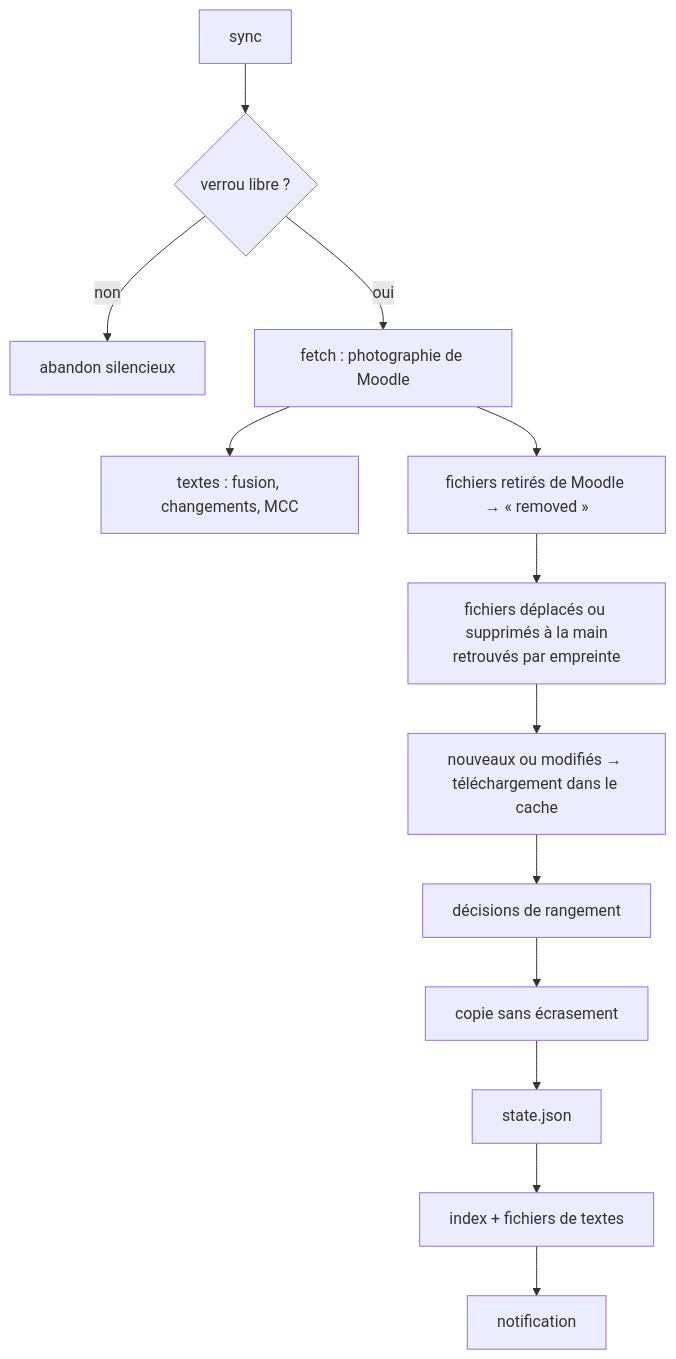
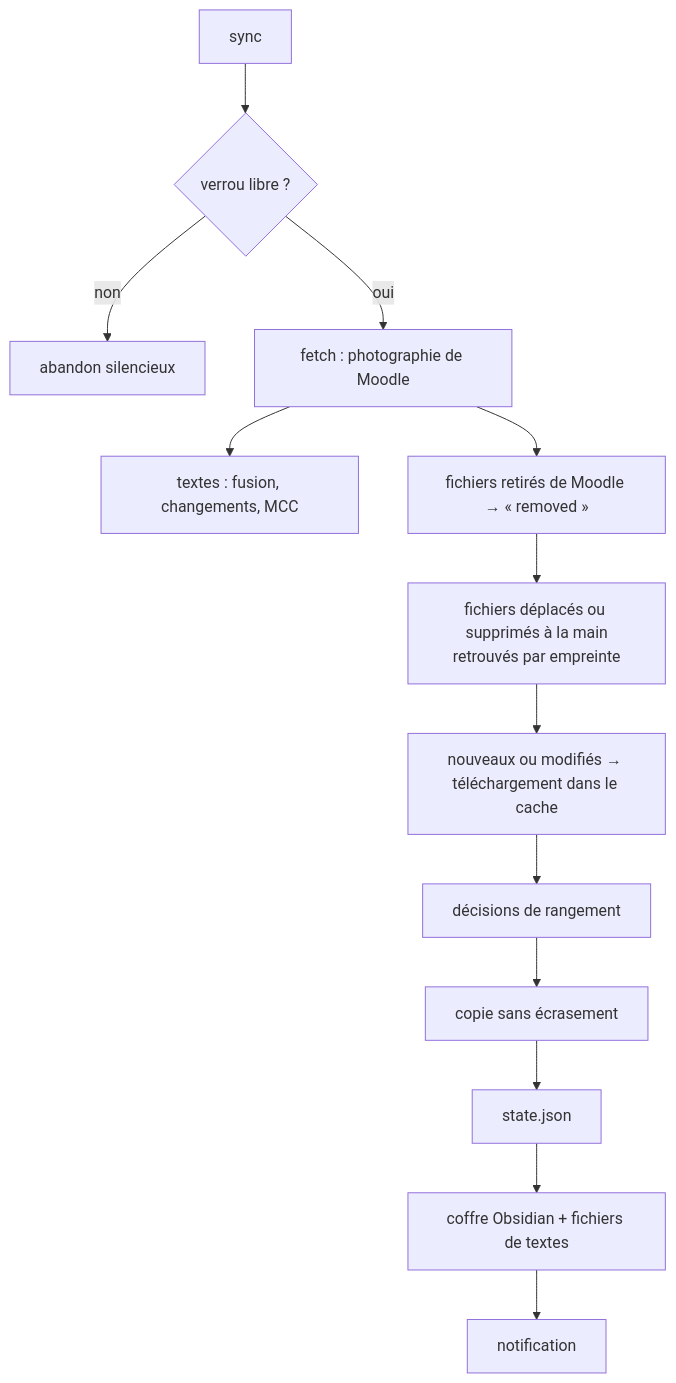
The diagram in docs/architecture.md (ArthurArctique/Moodle-Bridge), drawn with Mermaid before and after one commit. The commit also changed other lines of this file and 11 other files, not shown here.

First line of the commit message:
Coffre Obsidian déterministe (1.1.0)

````diff
--- a/docs/architecture.md
+++ b/docs/architecture.md
@@ -67,15 +71,15 @@
 ```mermaid
 flowchart TD
     A[sync] --> L{verrou libre ?}
     L -- non --> Z[abandon silencieux]
     L -- oui --> F[fetch : photographie de Moodle]
     F --> T[textes : fusion, changements, MCC]
     F --> R[fichiers retirés de Moodle → « removed »]
     R --> M[fichiers déplacés ou supprimés à la main<br/>retrouvés par empreinte]
     M --> D[nouveaux ou modifiés → téléchargement dans le cache]
     D --> C[décisions de rangement]
     C --> P[copie sans écrasement]
     P --> S[state.json]
-    S --> I[index + fichiers de textes]
+    S --> I[coffre Obsidian + fichiers de textes]
     I --> N[notification]
 ```
````
